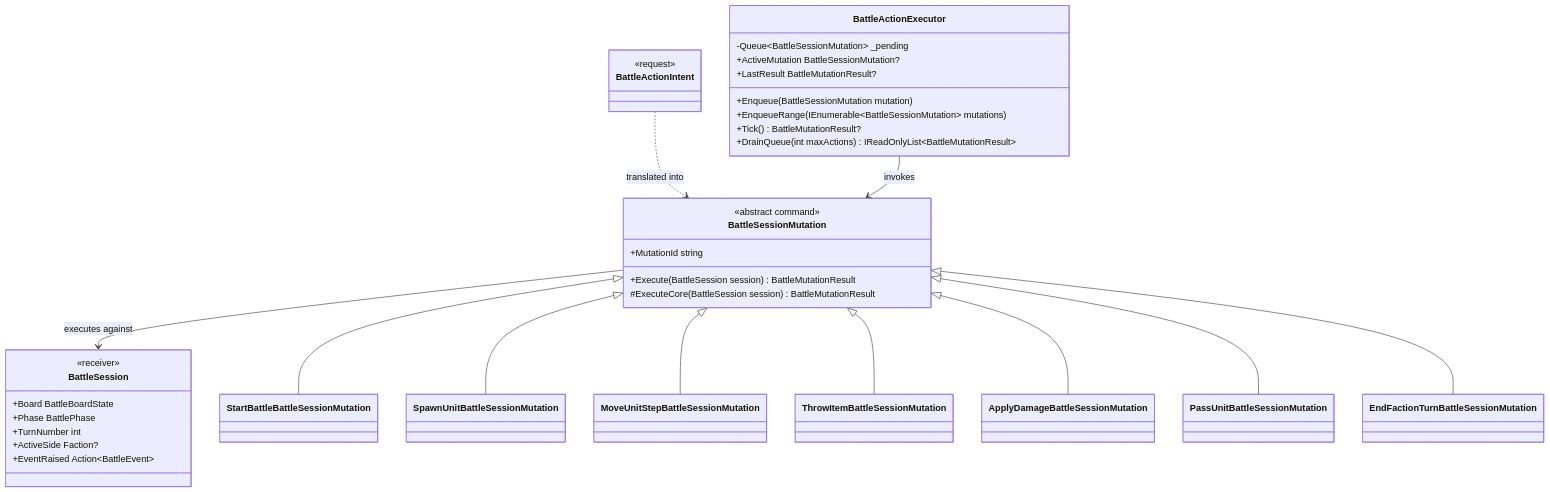
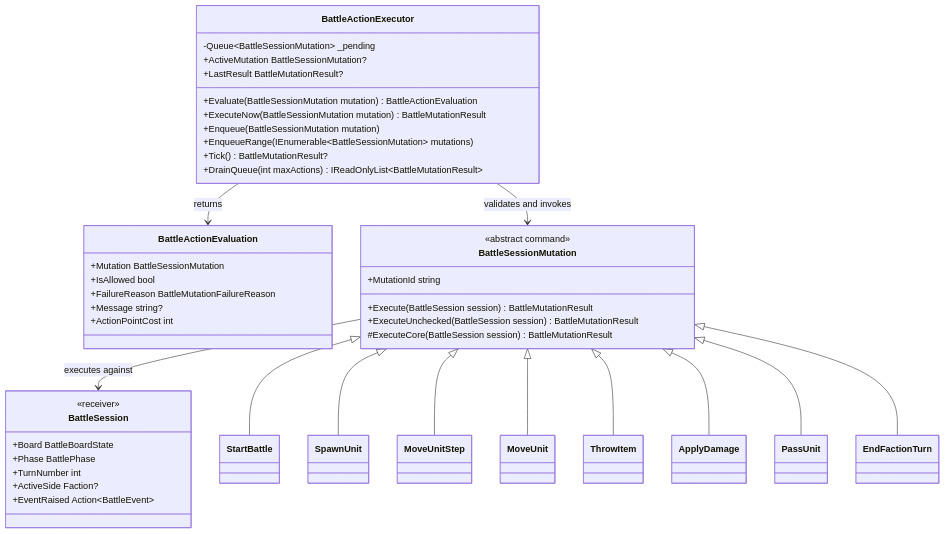
The diagram in docs/battle-session-command-pattern.md (smallp-o-p/fun-project), drawn with Mermaid before and after one commit. The commit also changed other lines of this file and 9 other files, not shown here.

Commit message:
Get rid of BattleActionIntent

````diff
--- a/docs/battle-session-command-pattern.md
+++ b/docs/battle-session-command-pattern.md
@@ -41,51 +27,60 @@
 ```mermaid
 classDiagram
-    class BattleActionIntent {
-        <<request>>
-    }
-
     class BattleActionExecutor {
         -Queue~BattleSessionMutation~ _pending
+        +Evaluate(BattleSessionMutation mutation) BattleActionEvaluation
+        +ExecuteNow(BattleSessionMutation mutation) BattleMutationResult
         +Enqueue(BattleSessionMutation mutation)
         +EnqueueRange(IEnumerable~BattleSessionMutation~ mutations)
         +Tick() BattleMutationResult?
         +DrainQueue(int maxActions) IReadOnlyList~BattleMutationResult~
         +ActiveMutation BattleSessionMutation?
         +LastResult BattleMutationResult?
+    }
+
+    class BattleActionEvaluation {
+        +Mutation BattleSessionMutation
+        +IsAllowed bool
+        +FailureReason BattleMutationFailureReason
+        +Message string?
+        +ActionPointCost int
     }
 
     class BattleSession {
         +Board BattleBoardState
         +Phase BattlePhase
         +TurnNumber int
         +ActiveSide Faction?
         +EventRaised Action~BattleEvent~
         <<receiver>>
     }
 
     class BattleSessionMutation {
         <<abstract command>>
         +MutationId string
         +Execute(BattleSession session) BattleMutationResult
+        +ExecuteUnchecked(BattleSession session) BattleMutationResult
         #ExecuteCore(BattleSession session) BattleMutationResult
     }
 
-    class StartBattleBattleSessionMutation
-    class SpawnUnitBattleSessionMutation
-    class MoveUnitStepBattleSessionMutation
-    class ThrowItemBattleSessionMutation
-    class ApplyDamageBattleSessionMutation
-    class PassUnitBattleSessionMutation
-    class EndFactionTurnBattleSessionMutation
+    class StartBattle
+    class SpawnUnit
+    class MoveUnitStep
+    class MoveUnit
+    class ThrowItem
+    class ApplyDamage
+    class PassUnit
+    class EndFactionTurn
 
-    BattleActionIntent ..> BattleSessionMutation : translated into
-    BattleActionExecutor --> BattleSessionMutation : invokes
+    BattleActionExecutor --> BattleActionEvaluation : returns
+    BattleActionExecutor --> BattleSessionMutation : validates and invokes
     BattleSessionMutation --> BattleSession : executes against
-    BattleSessionMutation <|-- StartBattleBattleSessionMutation
-    BattleSessionMutation <|-- SpawnUnitBattleSessionMutation
-    BattleSessionMutation <|-- MoveUnitStepBattleSessionMutation
-    BattleSessionMutation <|-- ThrowItemBattleSessionMutation
-    BattleSessionMutation <|-- ApplyDamageBattleSessionMutation
-    BattleSessionMutation <|-- PassUnitBattleSessionMutation
-    BattleSessionMutation <|-- EndFactionTurnBattleSessionMutation
+    BattleSessionMutation <|-- StartBattle
+    BattleSessionMutation <|-- SpawnUnit
+    BattleSessionMutation <|-- MoveUnitStep
+    BattleSessionMutation <|-- MoveUnit
+    BattleSessionMutation <|-- ThrowItem
+    BattleSessionMutation <|-- ApplyDamage
+    BattleSessionMutation <|-- PassUnit
+    BattleSessionMutation <|-- EndFactionTurn
 ```
````
